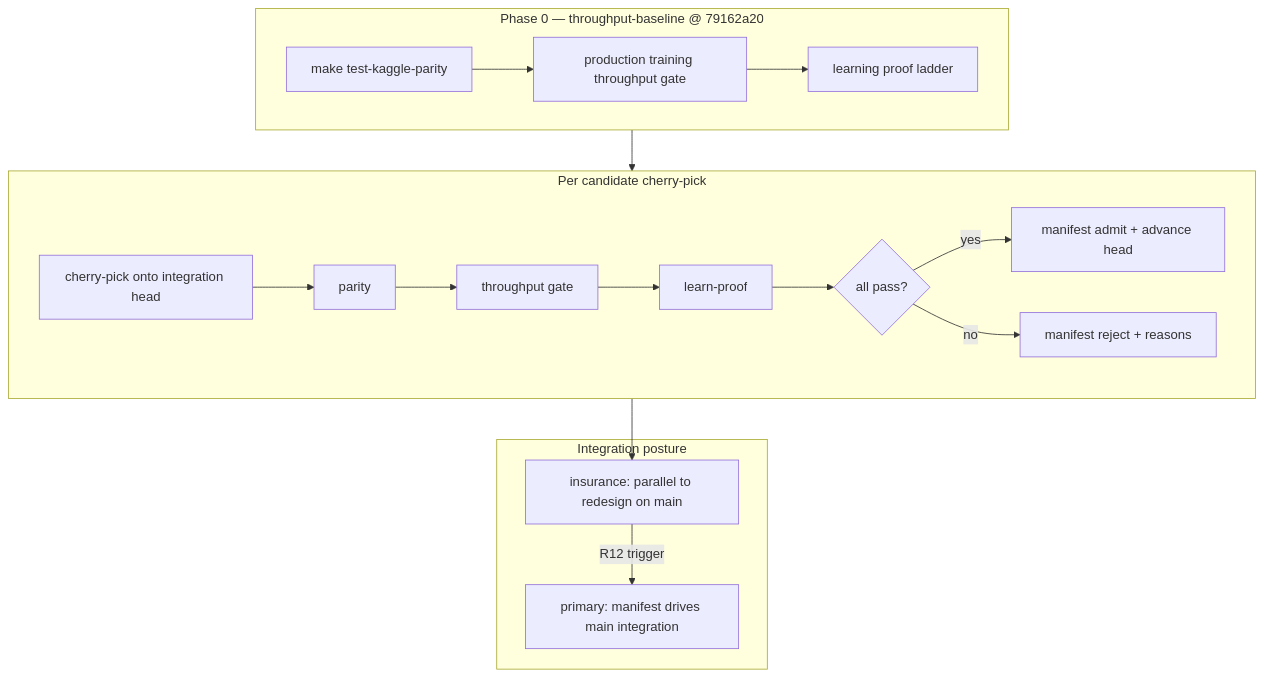
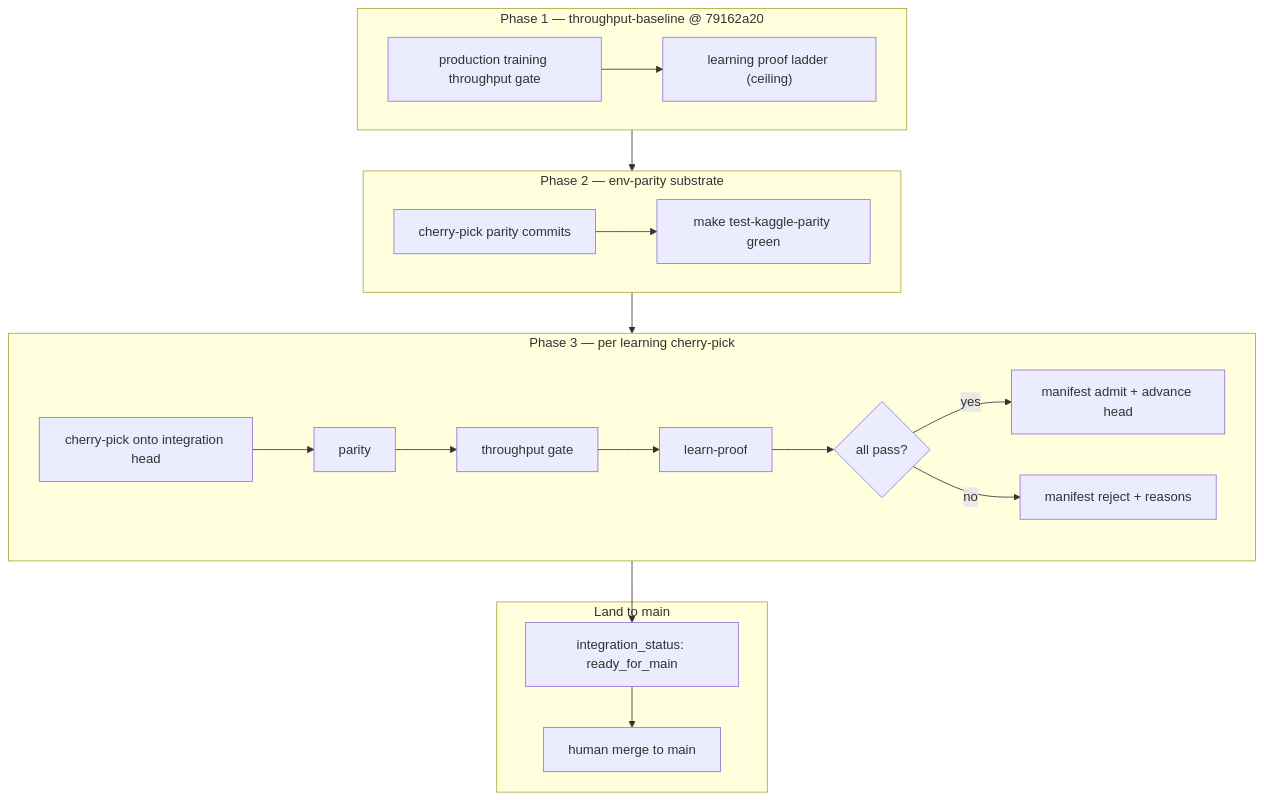
Before and after one commit to jmduea/orbit_wars: the diagram in docs/brainstorms/2026-06-05-nuclear-cherry-pick-manifest-requirements.md, drawn with Mermaid. The commit also changed other lines of this file, not shown here.

First line of the commit message:
docs: lock baseline-first cherry-pick manifest requirements

````diff
--- a/docs/brainstorms/2026-06-05-nuclear-cherry-pick-manifest-requirements.md
+++ b/docs/brainstorms/2026-06-05-nuclear-cherry-pick-manifest-requirements.md
@@ -124,30 +151,36 @@
 ```mermaid
 flowchart TB
-  subgraph anchor ["Phase 0 — throughput-baseline @ 79162a20"]
-    P0Parity["make test-kaggle-parity"]
-    P0Thru["production training throughput gate"]
-    P0Learn["learning proof ladder"]
-    P0Parity --> P0Thru --> P0Learn
+  subgraph phase1 ["Phase 1 — throughput-baseline @ 79162a20"]
+    P1Thru["production training throughput gate"]
+    P1Learn["learning proof ladder (ceiling)"]
+    P1Thru --> P1Learn
   end
 
-  subgraph per_commit ["Per candidate cherry-pick"]
+  subgraph phase2 ["Phase 2 — env-parity substrate"]
+    P2CP["cherry-pick parity commits"]
+    P2Parity["make test-kaggle-parity green"]
+    P2CP --> P2Parity
+  end
+
+  subgraph phase3 ["Phase 3 — per learning cherry-pick"]
     CP["cherry-pick onto integration head"]
     G1["parity"]
     G2["throughput gate"]
     G3["learn-proof"]
     CP --> G1 --> G2 --> G3
     G3 --> Admit{"all pass?"}
     Admit -->|yes| Manifest["manifest admit + advance head"]
     Admit -->|no| Reject["manifest reject + reasons"]
   end
 
-  anchor --> per_commit
+  phase1 --> phase2
+  phase2 --> phase3
 
-  subgraph modes ["Integration posture"]
-    Insurance["insurance: parallel to redesign on main"]
-    Primary["primary: manifest drives main integration"]
+  subgraph landing ["Land to main"]
+    Ready["integration_status: ready_for_main"]
+    Merge["human merge to main"]
+    Ready --> Merge
   end
 
-  per_commit --> Insurance
-  Insurance -->|"R12 trigger"| Primary
+  phase3 --> Ready
 ```
````
